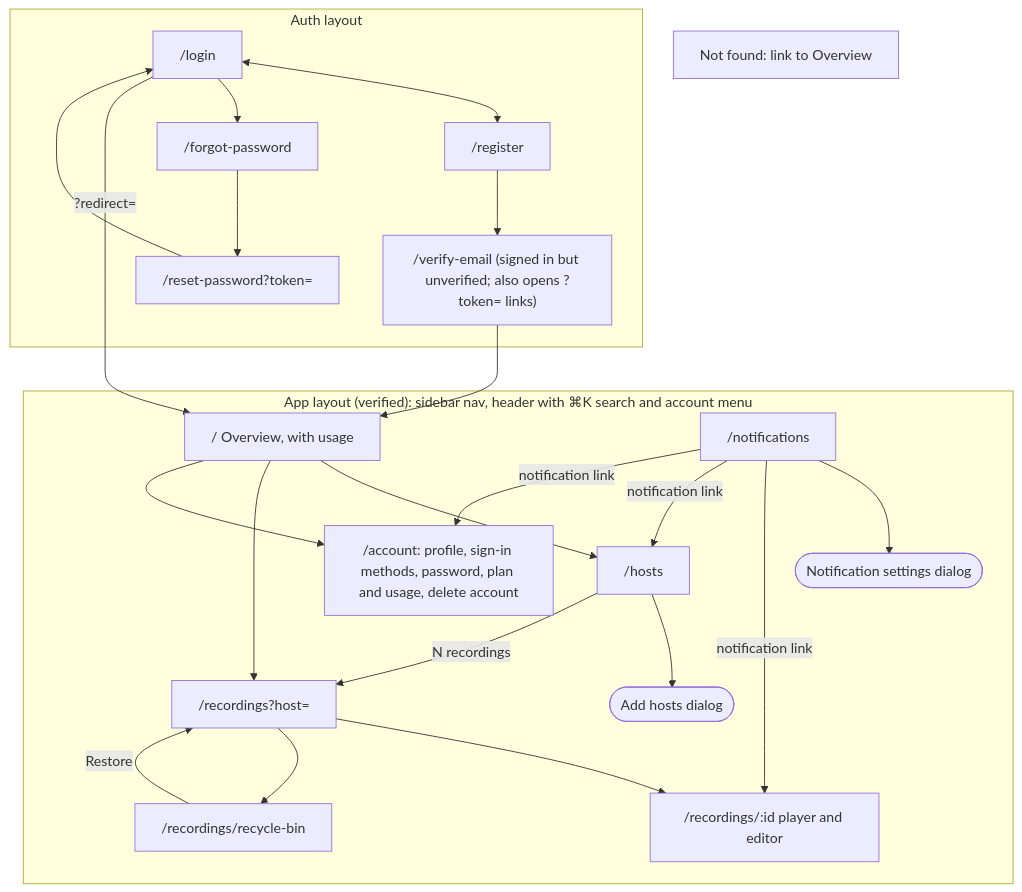
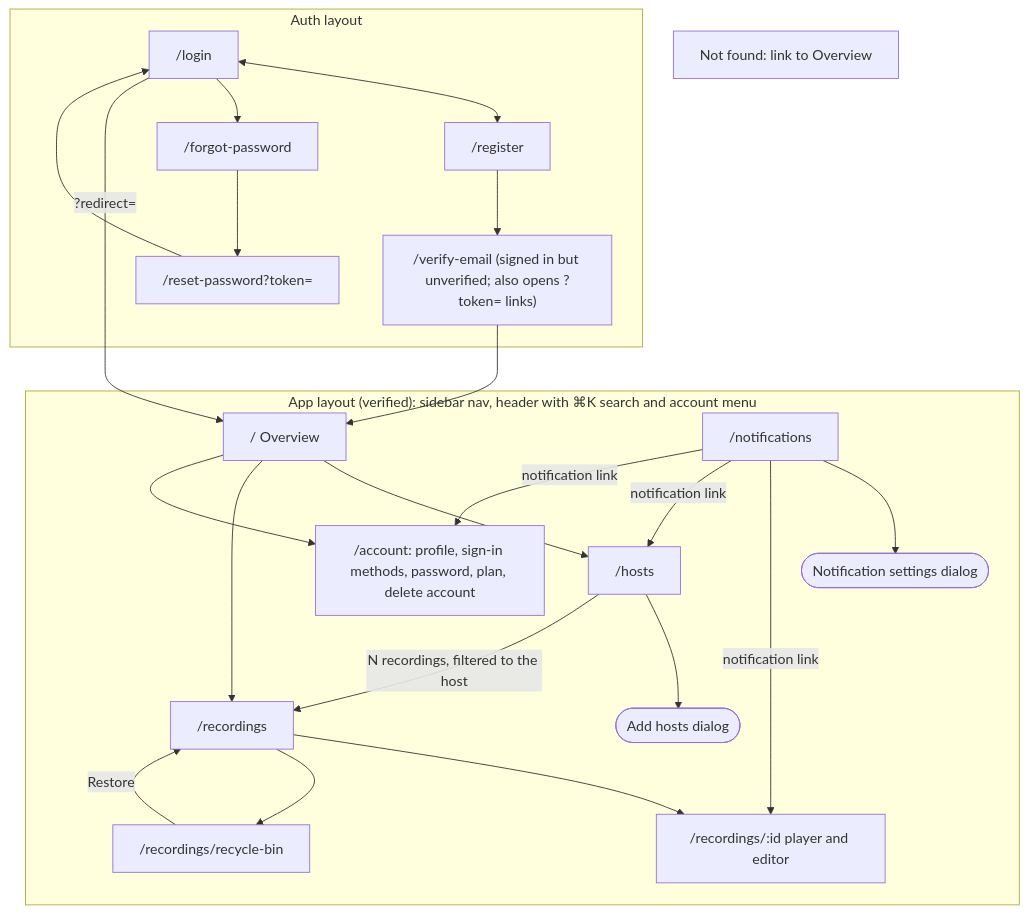
One commit to binhld98/AutoRecordLive changed the first of 11 diagrams in docs/user-flows.md. Above: the diagram before and after it, drawn with Mermaid. The commit also changed other lines of this file, not shown here.

Commit message:
docs: add active listeners to user flows

````diff
--- a/docs/user-flows.md
+++ b/docs/user-flows.md
@@ -46,35 +52,35 @@
 ```mermaid
 flowchart TD
   subgraph Public["Auth layout"]
     login["/login"]
     register["/register"]
     verify["/verify-email (signed in but unverified; also opens ?token= links)"]
     forgot["/forgot-password"]
     reset["/reset-password?token="]
   end
   subgraph App["App layout (verified): sidebar nav, header with ⌘K search and account menu"]
-    overview["/ Overview, with usage"]
+    overview["/ Overview"]
     hosts["/hosts"]
     add(["Add hosts dialog"])
-    recs["/recordings?host="]
+    recs["/recordings"]
     bin["/recordings/recycle-bin"]
     rec["/recordings/:id player and editor"]
     notifs["/notifications"]
     nsettings(["Notification settings dialog"])
-    account["/account: profile, sign-in methods, password, plan and usage, delete account"]
+    account["/account: profile, sign-in methods, password, plan, delete account"]
   end
   notfound["Not found: link to Overview"]
 
   login <--> register
   login --> forgot --> reset --> login
   register --> verify --> overview
   login -- "?redirect=" --> overview
   overview --> hosts & recs & account
   hosts --> add
-  hosts -- "N recordings" --> recs
+  hosts -- "N recordings, filtered to the host" --> recs
   recs --> rec
   recs --> bin
   bin -- "Restore" --> recs
   notifs --> nsettings
   notifs -- "notification link" --> rec & hosts & account
 ```
````
